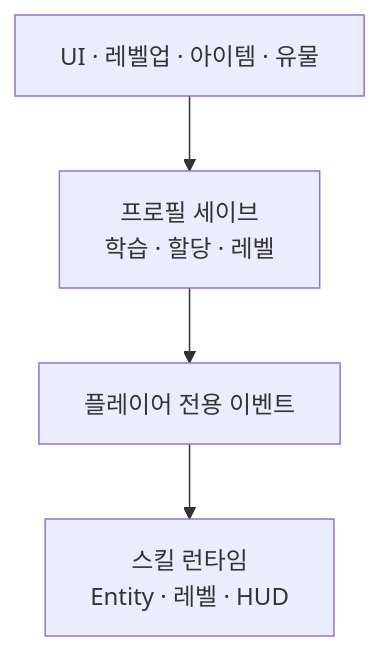
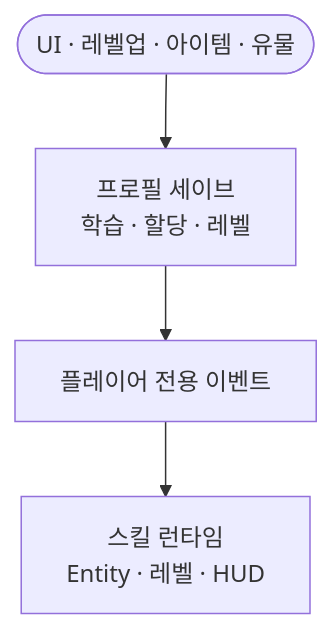
The diagram in notes/dragon-skill-growth.md (monet5379/monet5379.github.io), drawn with Mermaid before and after one commit. The commit also changed 8 other files, not shown here.

Commit message:
fix(notes): dragon monster·relic·inventory Mermaid visual

````diff
--- a/notes/dragon-skill-growth.md
+++ b/notes/dragon-skill-growth.md
@@ -57,6 +57,7 @@
 ```mermaid
 flowchart TD
-  SRC["UI · 레벨업 · 아이템 · 유물"] --> PROFILE["프로필 세이브<br/>학습 · 할당 · 레벨"]
+  SRC(["UI · 레벨업 · 아이템 · 유물"])
+  SRC --> PROFILE["프로필 세이브<br/>학습 · 할당 · 레벨"]
   PROFILE --> EVT["플레이어 전용 이벤트"]
   EVT --> RUN["스킬 런타임<br/>Entity · 레벨 · HUD"]
 ```
````
